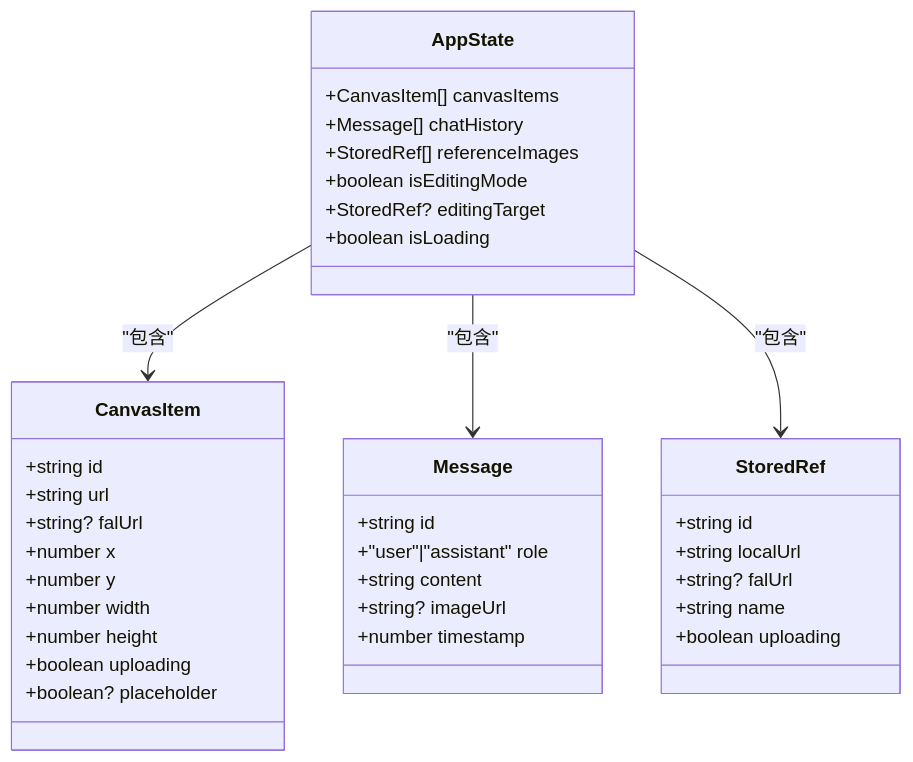
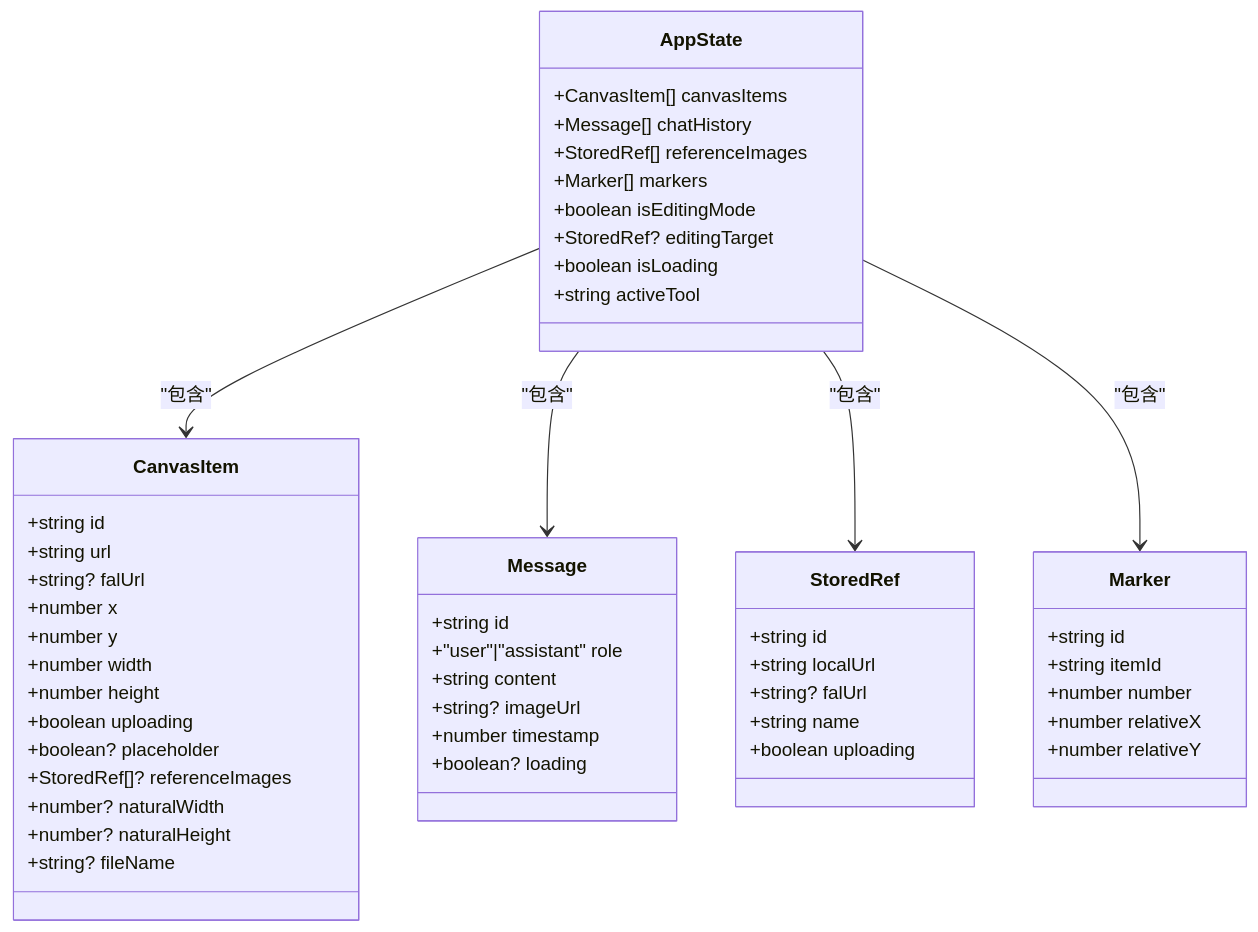
Before and after one commit to billye220670/BananaFlow2: the seventh of 8 diagrams in .qoder/repowiki/zh/content/数据模型.md, drawn with Mermaid. The commit also changed other lines of this file and 10 other files, not shown here.

````diff
--- a/.qoder/repowiki/zh/content/数据模型.md
+++ b/.qoder/repowiki/zh/content/数据模型.md
@@ -341,39 +453,54 @@
 ```mermaid
 classDiagram
 class CanvasItem {
 +string id
 +string url
 +string? falUrl
 +number x
 +number y
 +number width
 +number height
 +boolean uploading
 +boolean? placeholder
++StoredRef[]? referenceImages
++number? naturalWidth
++number? naturalHeight
++string? fileName
 }
 class Message {
 +string id
 +"user"|"assistant" role
 +string content
 +string? imageUrl
 +number timestamp
++boolean? loading
 }
 class StoredRef {
 +string id
 +string localUrl
 +string? falUrl
 +string name
 +boolean uploading
 }
+class Marker {
++string id
++string itemId
++number number
++number relativeX
++number relativeY
+}
 class AppState {
 +CanvasItem[] canvasItems
 +Message[] chatHistory
 +StoredRef[] referenceImages
++Marker[] markers
 +boolean isEditingMode
 +StoredRef? editingTarget
 +boolean isLoading
++string activeTool
 }
 AppState --> CanvasItem : "包含"
 AppState --> Message : "包含"
 AppState --> StoredRef : "包含"
+AppState --> Marker : "包含"
 ```
````
